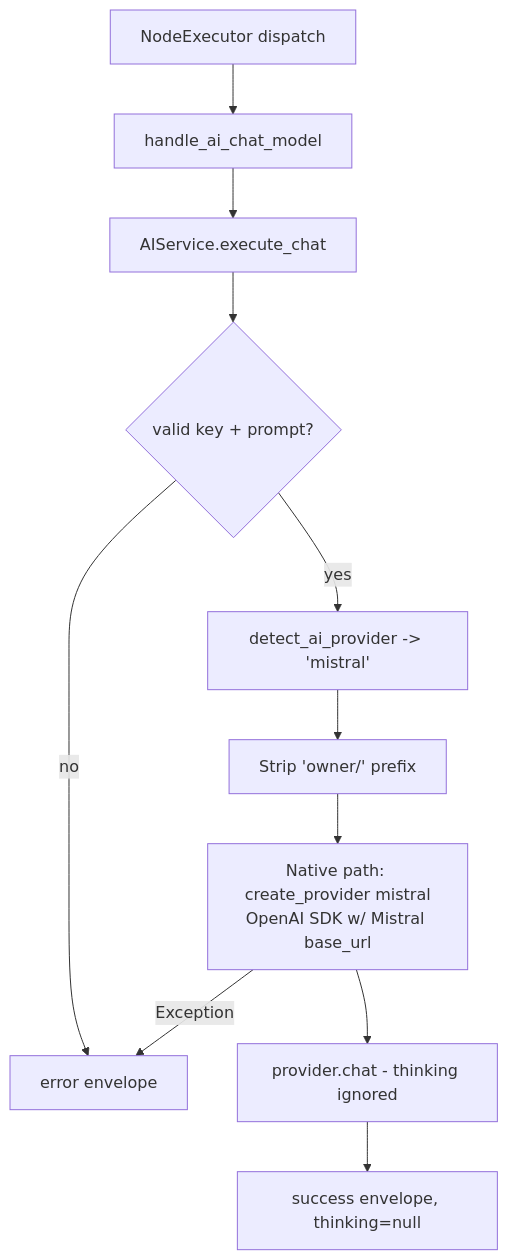
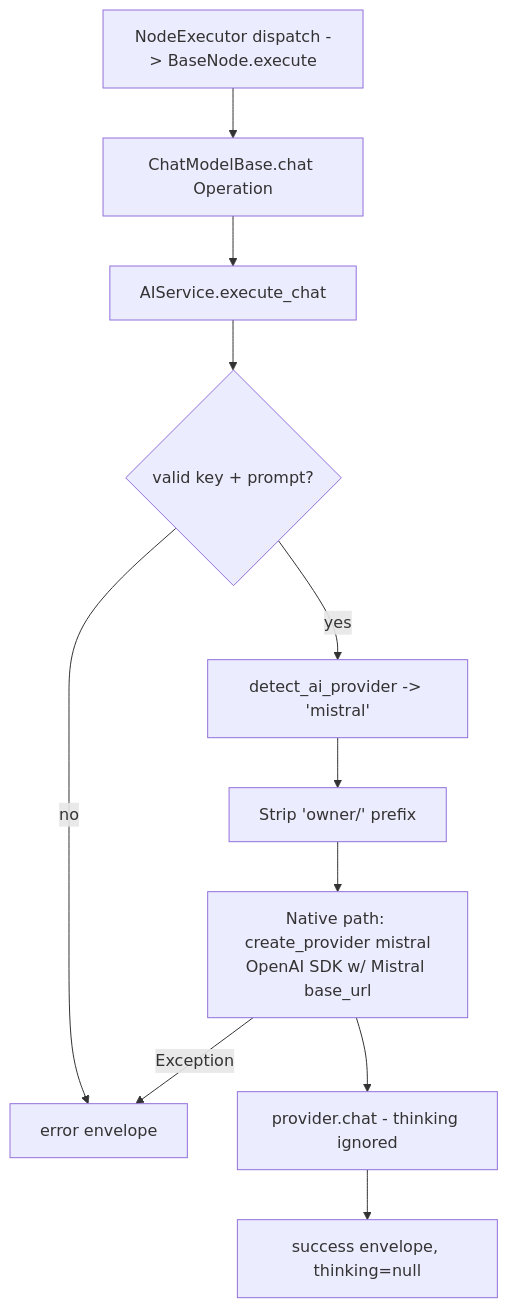
Before and after one commit to zeenie-ai/OpenCompany: the diagram in docs-internal/node-logic-flows/ai_chat_models/mistralChatModel.md, drawn with Mermaid. The commit also changed other lines of this file and 132 other files, not shown here.

````diff
--- a/docs-internal/node-logic-flows/ai_chat_models/mistralChatModel.md
+++ b/docs-internal/node-logic-flows/ai_chat_models/mistralChatModel.md
@@ -57,13 +59,13 @@
 ```mermaid
 flowchart TD
-  A[NodeExecutor dispatch] --> B[handle_ai_chat_model]
+  A[NodeExecutor dispatch -> BaseNode.execute] --> B[ChatModelBase.chat Operation]
   B --> C[AIService.execute_chat]
   C --> D{valid key + prompt?}
   D -- no --> X[error envelope]
   D -- yes --> E[detect_ai_provider -> 'mistral']
   E --> F[Strip 'owner/' prefix]
   F --> G[Native path: create_provider mistral<br/>OpenAI SDK w/ Mistral base_url]
   G --> H[provider.chat - thinking ignored]
   H --> I[success envelope, thinking=null]
   G -- Exception --> X
 ```
````
